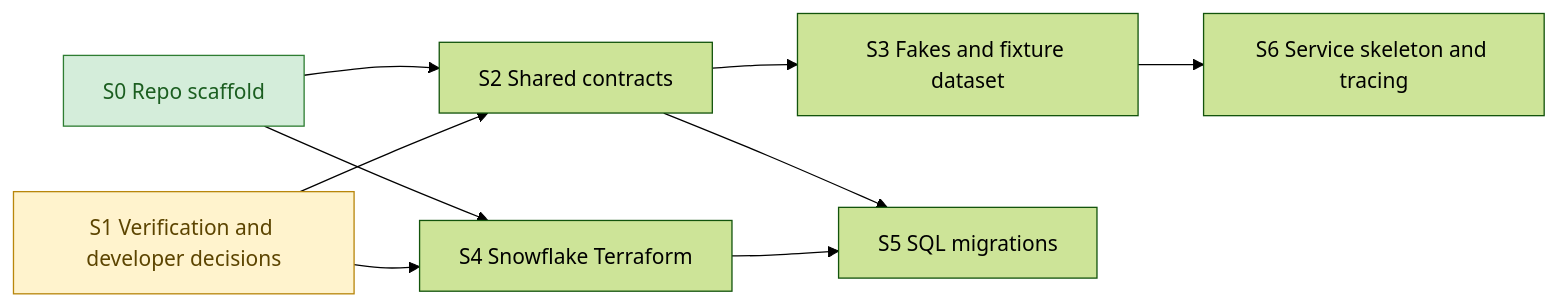
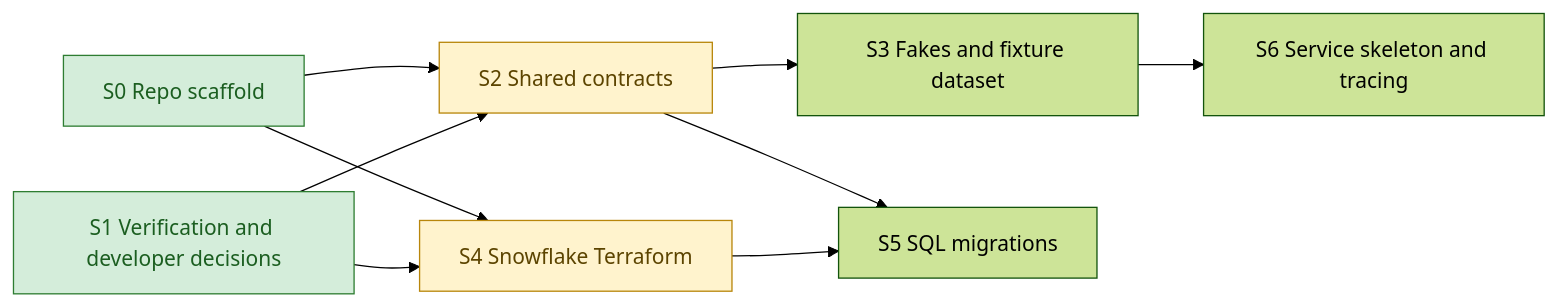
Before and after one commit to lofeodo/agentic-jev-trader: the diagram in docs/foundation/ROADMAP.md, drawn with Mermaid (forest theme). The commit also changed other lines of this file and 2 other files, not shown here.

Commit message:
Record foundation S1: step file, index and roadmap, mark done

````diff
--- a/docs/foundation/ROADMAP.md
+++ b/docs/foundation/ROADMAP.md
@@ -29,22 +29,22 @@
 ```mermaid
 graph LR
     S0[S0 Repo scaffold]
     S1[S1 Verification and developer decisions]
     S2[S2 Shared contracts]
     S3[S3 Fakes and fixture dataset]
     S4[S4 Snowflake Terraform]
     S5[S5 SQL migrations]
     S6[S6 Service skeleton and tracing]
     S0 --> S2
     S1 --> S2
     S2 --> S3
     S0 --> S4
     S1 --> S4
     S2 --> S5
     S4 --> S5
     S3 --> S6
     classDef done fill:#d4edda,stroke:#2e7d32,color:#1b5e20
     classDef ready fill:#fff3cd,stroke:#b8860b,color:#5c4400
-    class S0 done
-    class S1 ready
+    class S0,S1 done
+    class S2,S4 ready
 ```
````
